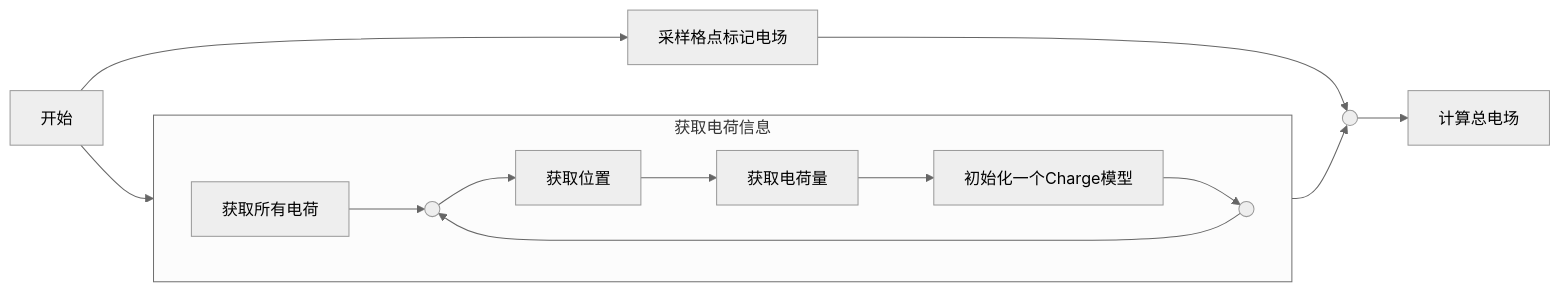
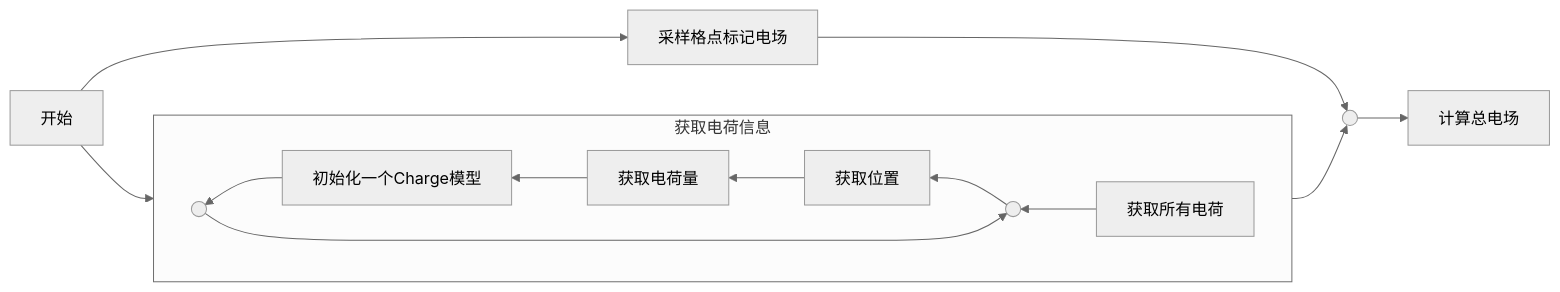
One commit to makabaka1880/Coulumb changed the diagram in slides.md. Above: the diagram before and after it, drawn with Mermaid (neutral theme). The commit also changed other lines of this file, not shown here.

````diff
--- a/slides.md
+++ b/slides.md
@@ -247,24 +247,23 @@
 ```mermaid
 flowchart LR
-
   recur_start[获取所有电荷]
   recur_1[获取位置]
   recur_2[获取电荷量]
   recur_3[初始化一个Charge模型]
   start[开始]
   cal[计算总电场]
   mark[采样格点标记电场]
   node_recur_start(( ))
   node_recur_end(( ))
   node_recur_cal(( ))
   start --> get_charges
   start --> mark
   subgraph get_charges[获取电荷信息]
-    direction LR
+    direction RL
     recur_start --> node_recur_start --> recur_1 --> recur_2 --> recur_3 --> node_recur_end
     node_recur_end --> node_recur_start
   end
   node_recur_end --> node_recur_cal
   mark --> node_recur_cal
   node_recur_cal --> cal
 ```
````
